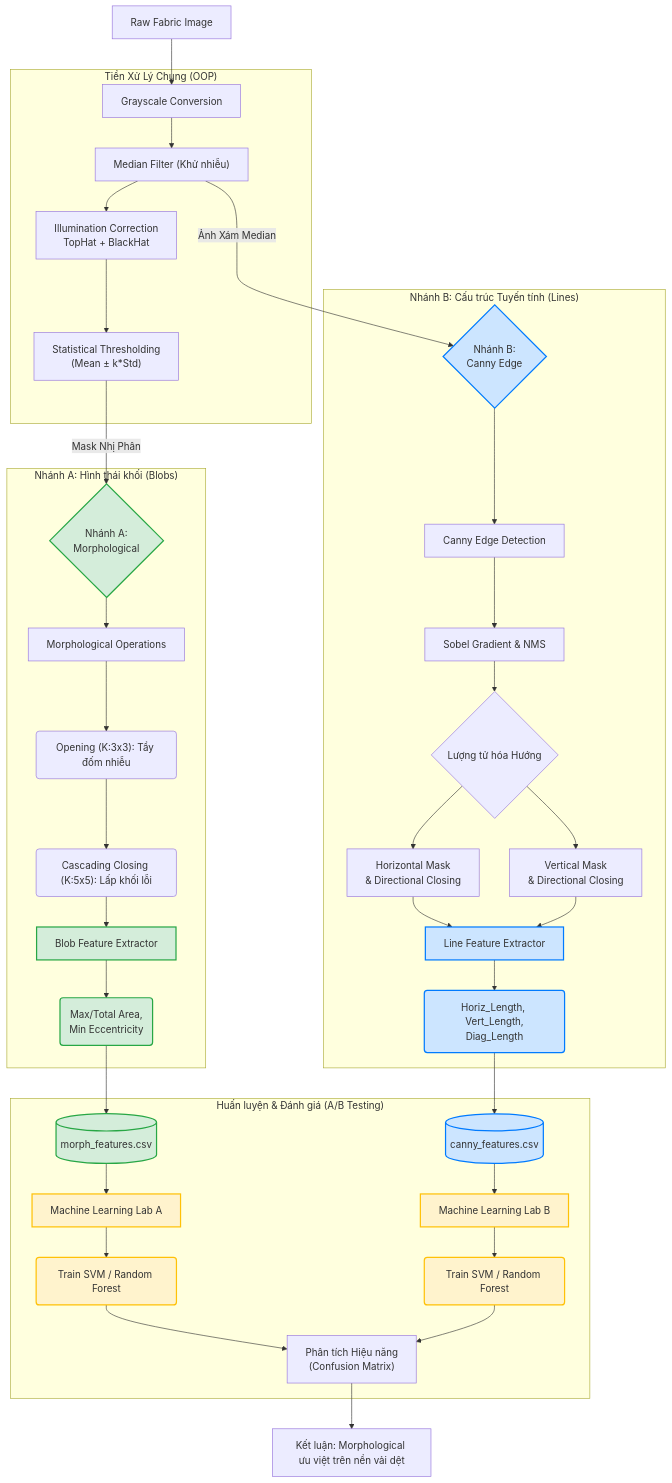
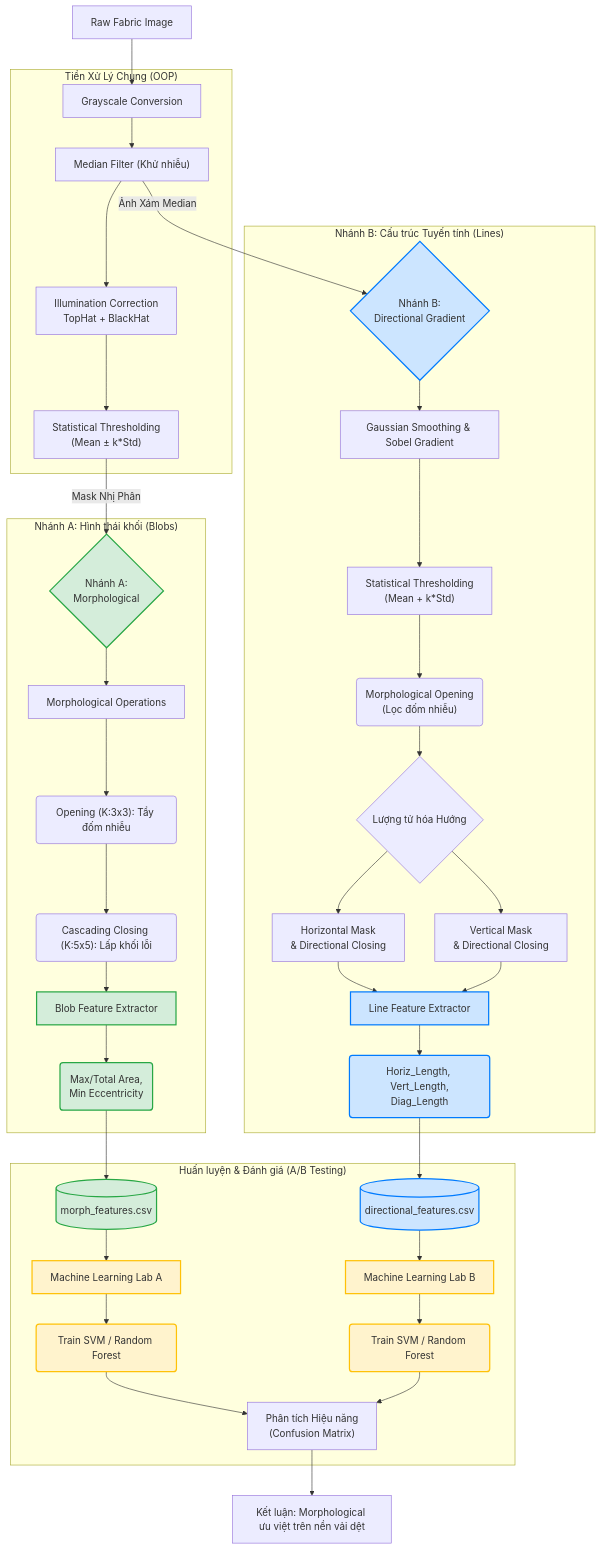
The diagram in docs/ab_testing_dataflow.md (NgocHuyen2309/Surface_Defect_Detection_System), drawn with Mermaid before and after one commit. The commit also changed other lines of this file and 76 other files, not shown here.

````diff
--- a/docs/ab_testing_dataflow.md
+++ b/docs/ab_testing_dataflow.md
@@ -5,62 +5,63 @@
 ```mermaid
 graph TD
     %% Input Layer
     Input["Raw Fabric Image"] --> Gray["Grayscale Conversion"]
     
     %% Preprocessing
     subgraph S1 ["Tiền Xử Lý Chung (OOP)"]
         Gray --> Median["Median Filter (Khử nhiễu)"]
         Median --> TopHat["Illumination Correction<br>TopHat + BlackHat"]
         TopHat --> StatThresh["Statistical Thresholding<br>(Mean ± k*Std)"]
     end
 
     %% Split into two branches
     StatThresh -->|Mask Nhị Phân| BranchA{"Nhánh A:<br>Morphological"}
-    Median -->|Ảnh Xám Median| BranchB{"Nhánh B:<br>Canny Edge"}
+    Median -->|Ảnh Xám Median| BranchB{"Nhánh B:<br>Directional Gradient"}
 
     %% Branch A: Morphological
     subgraph S2 ["Nhánh A: Hình thái khối (Blobs)"]
         BranchA --> MorphOp["Morphological Operations"]
         MorphOp --> Opening("Opening (K:3x3): Tẩy đốm nhiễu")
         Opening --> Closing("Cascading Closing (K:5x5): Lấp khối lỗi")
         Closing --> ExtractA["Blob Feature Extractor"]
         ExtractA --> FeatA("Max/Total Area,<br>Min Eccentricity")
     end
 
-    %% Branch B: Canny Edge
+    %% Branch B: Gradient Magnitude
     subgraph S3 ["Nhánh B: Cấu trúc Tuyến tính (Lines)"]
-        BranchB --> Canny["Canny Edge Detection"]
-        Canny --> Gradient["Sobel Gradient & NMS"]
-        Gradient --> SplitAngle{"Lượng tử hóa Hướng"}
+        BranchB --> Gradient["Gaussian Smoothing & Sobel Gradient"]
+        Gradient --> StatThreshB["Statistical Thresholding<br>(Mean + k*Std)"]
+        StatThreshB --> MorphOpenB("Morphological Opening<br>(Lọc đốm nhiễu)")
+        MorphOpenB --> SplitAngle{"Lượng tử hóa Hướng"}
         SplitAngle --> DirFilterH["Horizontal Mask<br>& Directional Closing"]
         SplitAngle --> DirFilterV["Vertical Mask<br>& Directional Closing"]
         DirFilterH --> ExtractB["Line Feature Extractor"]
         DirFilterV --> ExtractB
         ExtractB --> FeatB("Horiz_Length, Vert_Length,<br>Diag_Length")
     end
 
     %% CSV Data Output (Bridges)
     FeatA --> CSV_A[("morph_features.csv")]
-    FeatB --> CSV_B[("canny_features.csv")]
+    FeatB --> CSV_B[("directional_features.csv")]
 
     %% Machine Learning Phase
     subgraph S4 ["Huấn luyện & Đánh giá (A/B Testing)"]
         CSV_A --> ML_A["Machine Learning Lab A"]
         CSV_B --> ML_B["Machine Learning Lab B"]
         ML_A --> TrainA("Train SVM / Random Forest")
         ML_B --> TrainB("Train SVM / Random Forest")
         TrainA --> EvalA["Phân tích Hiệu năng<br>(Confusion Matrix)"]
         TrainB --> EvalA
     end
 
     EvalA --> Report["Kết luận: Morphological ưu việt trên nền vải dệt"]
     
     %% Styling
     classDef branchA fill:#d4edda,stroke:#28a745,stroke-width:2px;
     classDef branchB fill:#cce5ff,stroke:#007bff,stroke-width:2px;
     classDef mlPhase fill:#fff3cd,stroke:#ffc107,stroke-width:2px;
     
     class BranchA,CSV_A,ExtractA,FeatA branchA;
     class BranchB,CSV_B,ExtractB,FeatB branchB;
     class ML_A,ML_B,TrainA,TrainB mlPhase;
 ```
````
